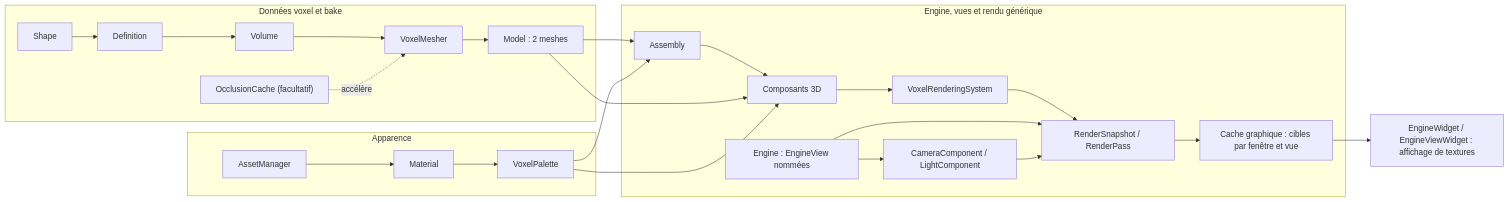
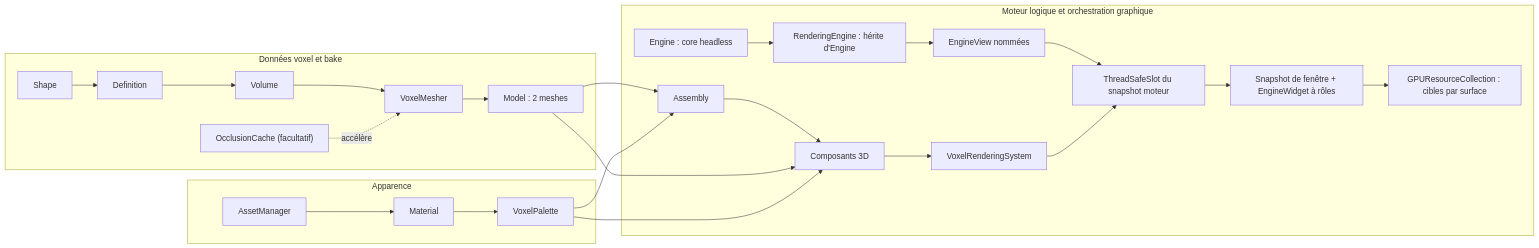
The first of 10 diagrams in docs/voxel-engine-v0.1.4-specification.md (EreliaStudio/Sparkle), drawn with Mermaid before and after one commit. The commit also changed other lines of this file, not shown here.

Commit message:
docs(v0.1.4): reconcile rendering inheritance, view lifetimes, multiwindow rendering and snapshot sequences

````diff
--- a/docs/voxel-engine-v0.1.4-specification.md
+++ b/docs/voxel-engine-v0.1.4-specification.md
@@ -11,38 +11,37 @@
 ```mermaid
 flowchart LR
   subgraph G["Données voxel et bake"]
     S["Shape"]
     D["Definition"]
     V["Volume"]
     M["VoxelMesher"]
     O["OcclusionCache (facultatif)"]
     Model["Model : 2 meshes"]
     S --> D --> V --> M --> Model
     O -. "accélère" .-> M
   end
   subgraph A["Apparence"]
     AM["AssetManager"]
     Mat["Material"]
     Palette["VoxelPalette"]
     AM --> Mat --> Palette
   end
-  subgraph R["Engine, vues et rendu générique"]
+  subgraph R["Moteur logique et orchestration graphique"]
     Assembly["Assembly"]
     Components["Composants 3D"]
-    Engine["Engine : EngineView nommées"]
-    Cam["CameraComponent / LightComponent"]
+    Engine["Engine : core headless"]
+    Render["RenderingEngine : hérite d'Engine"]
+    Views["EngineView nommées"]
     Sys["VoxelRenderingSystem"]
-    Snapshot["RenderSnapshot / RenderPass"]
-    Targets["Cache graphique : cibles par fenêtre et vue"]
-    Assembly --> Components --> Sys --> Snapshot
-    Engine --> Cam
-    Engine --> Snapshot
-    Cam --> Snapshot
-    Snapshot --> Targets
+    Slot["ThreadSafeSlot du snapshot moteur"]
+    Window["Snapshot de fenêtre + EngineWidget à rôles"]
+    GPU["GPUResourceCollection : cibles par surface"]
+    Engine --> Render --> Views --> Slot
+    Assembly --> Components --> Sys --> Slot
+    Slot --> Window --> GPU
   end
   Model --> Assembly
   Model --> Components
   Palette --> Assembly
   Palette --> Components
-  Targets --> Display["EngineWidget / EngineViewWidget : affichage de textures"]
 ```
````
